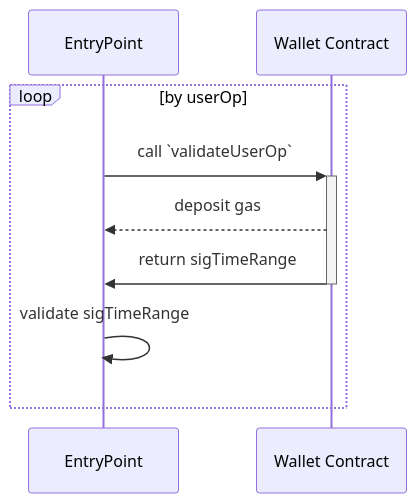
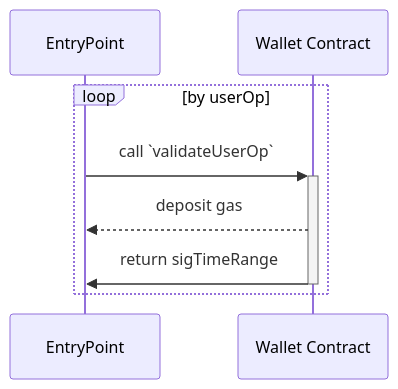
The fourth of 6 diagrams in articles/834e6a04bd6b80.md (taxio/zenn), drawn with Mermaid before and after one commit. The commit also changed other lines of this file, not shown here.

````diff
--- a/articles/834e6a04bd6b80.md
+++ b/articles/834e6a04bd6b80.md
@@ -128,12 +128,11 @@
 ```mermaid
 sequenceDiagram
   participant EntryPoint
   participant Wallet Contract
 
   loop by userOp
     EntryPoint->>+Wallet Contract: call `validateUserOp`
     Wallet Contract-->>EntryPoint: deposit gas
     Wallet Contract->>-EntryPoint: return sigTimeRange
-    EntryPoint->>EntryPoint: validate sigTimeRange
   end
 ```
````
